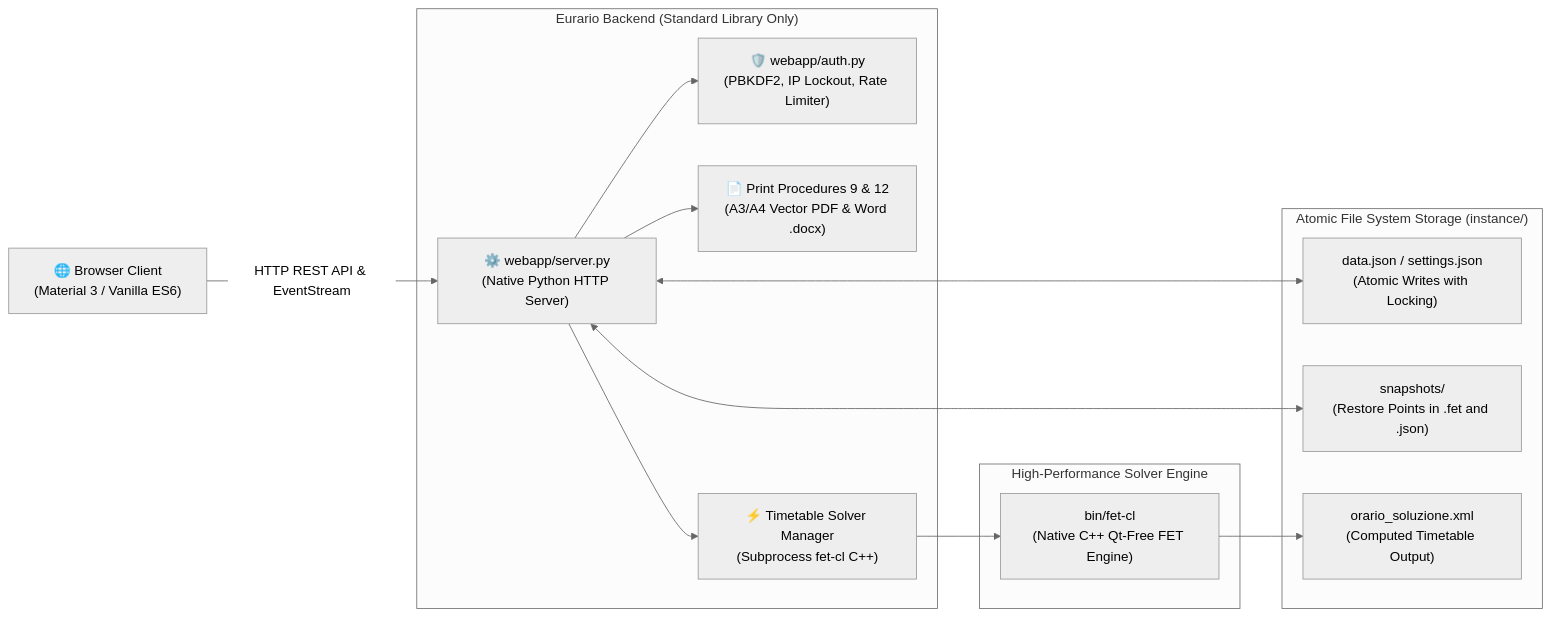
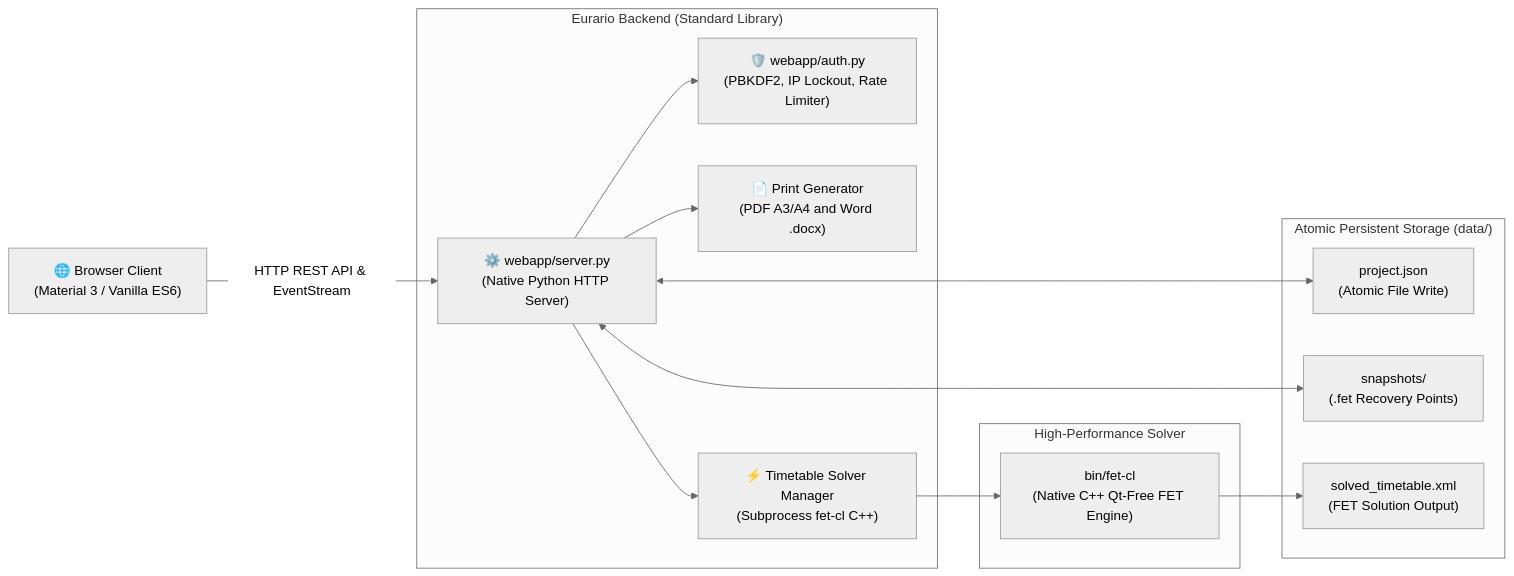
The second of 4 diagrams in docs/en/architecture.md (carlorigoni/eurario), drawn with Mermaid (neutral theme) before and after one commit. The commit also changed other lines of this file and 13 other files, not shown here.

````diff
--- a/docs/en/architecture.md
+++ b/docs/en/architecture.md
@@ -88,21 +86,21 @@
 ```mermaid
 graph LR
     Browser["🌐 Browser Client\n(Material 3 / Vanilla ES6)"] 
     -->|"HTTP REST API & EventStream"| ServerPy["⚙️ webapp/server.py\n(Native Python HTTP Server)"]
     
-    subgraph CoreBackend["Eurario Backend (Standard Library Only)"]
+    subgraph CoreBackend["Eurario Backend (Standard Library)"]
         ServerPy --> AuthPy["🛡️ webapp/auth.py\n(PBKDF2, IP Lockout, Rate Limiter)"]
-        ServerPy --> Exporter["📄 Print Procedures 9 & 12\n(A3/A4 Vector PDF & Word .docx)"]
+        ServerPy --> Exporter["📄 Print Generator\n(PDF A3/A4 and Word .docx)"]
         ServerPy --> SolverManager["⚡ Timetable Solver Manager\n(Subprocess fet-cl C++)"]
     end
 
-    subgraph NativeBinary["High-Performance Solver Engine"]
+    subgraph NativeBinary["High-Performance Solver"]
         SolverManager --> FET["bin/fet-cl\n(Native C++ Qt-Free FET Engine)"]
     end
 
-    subgraph DataStorage["Atomic File System Storage (instance/)"]
-        ServerPy <--> JsonData["data.json / settings.json\n(Atomic Writes with Locking)"]
-        ServerPy <--> Snapshots["snapshots/\n(Restore Points in .fet and .json)"]
-        FET --> SolutionXML["orario_soluzione.xml\n(Computed Timetable Output)"]
+    subgraph DataStorage["Atomic Persistent Storage (data/)"]
+        ServerPy <--> JsonData["project.json\n(Atomic File Write)"]
+        ServerPy <--> Snapshots["snapshots/\n(.fet Recovery Points)"]
+        FET --> SolutionXML["solved_timetable.xml\n(FET Solution Output)"]
     end
 ```
````
